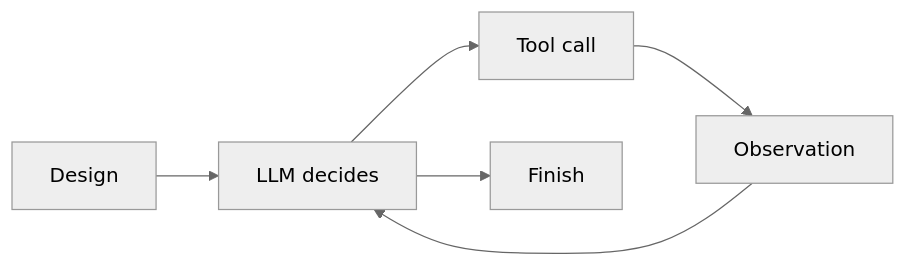
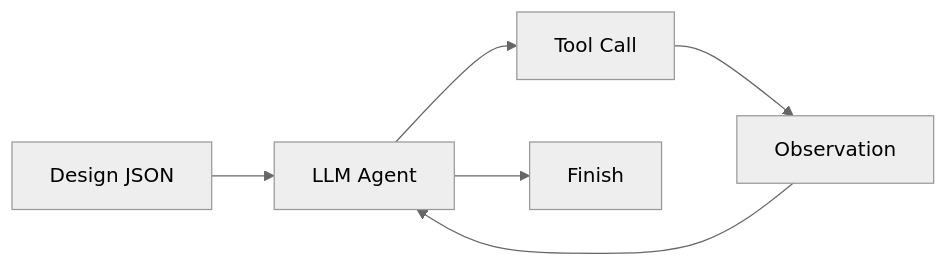
One commit to VV-noob/VV changed the diagram in README.md. Above: the diagram before and after it, drawn with Mermaid (neutral theme). The commit also changed other lines of this file and 9 other files, not shown here.

Commit message:
feat: upgrade agent for industrial state-machine design

````diff
--- a/README.md
+++ b/README.md
@@ -5,8 +7,8 @@
 ```mermaid
 flowchart LR
-    D[Design] --> L[LLM decides]
-    L --> T[Tool call]
+    D[Design JSON] --> A[LLM Agent]
+    A --> T[Tool Call]
     T --> O[Observation]
-    O --> L
-    L --> F[Finish]
+    O --> A
+    A --> F[Finish]
 ```
````
